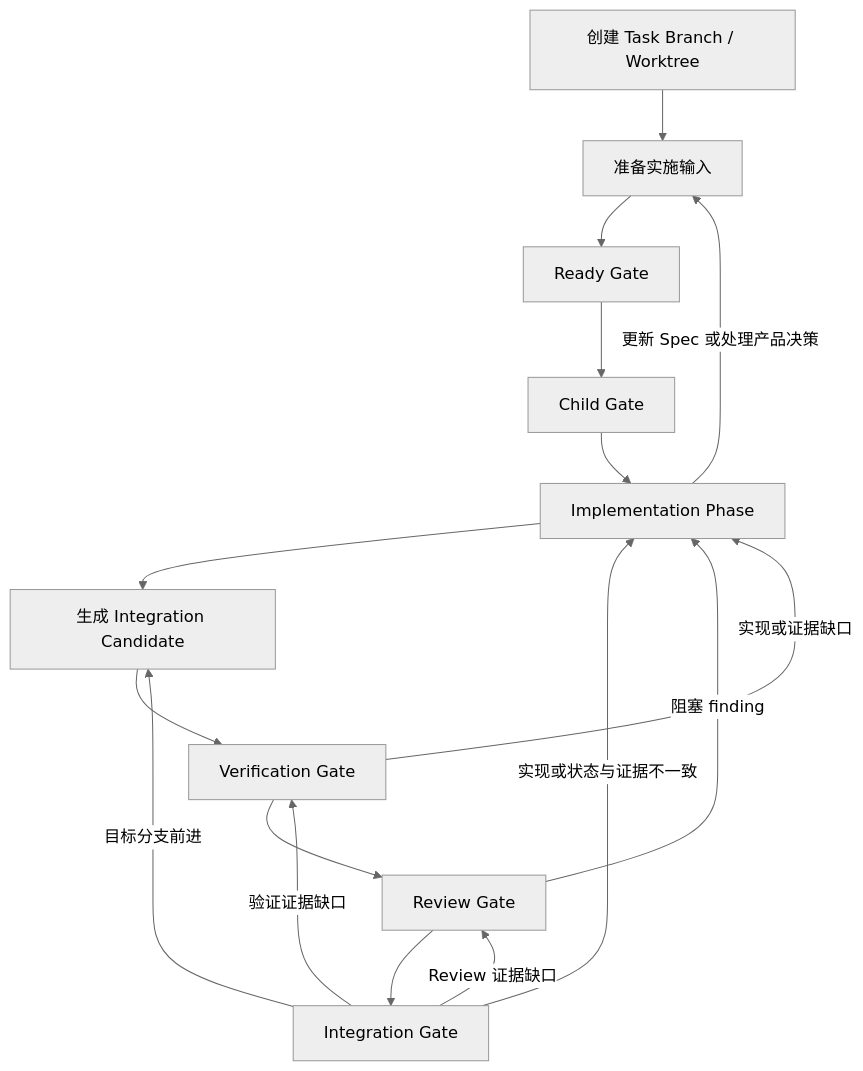
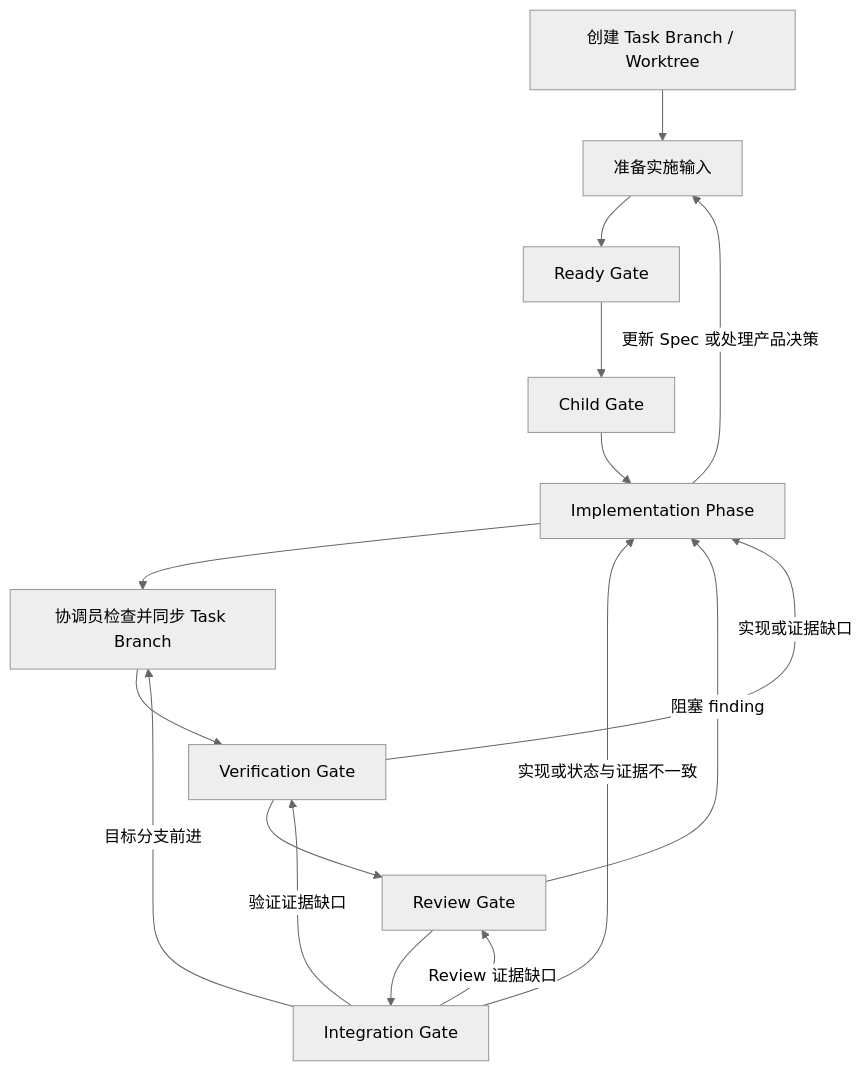
Before and after one commit to hanjeahwan/chatgpt-pro: the diagram in WORKFLOW.md, drawn with Mermaid (neutral theme). The commit also changed other lines of this file and 5 other files, not shown here.

Commit message:
♻️ (workflow): use one task branch through integration

````diff
--- a/WORKFLOW.md
+++ b/WORKFLOW.md
@@ -5,18 +5,18 @@
 ```mermaid
 flowchart TD
     A["创建 Task Branch / Worktree"] --> B["准备实施输入"]
     B --> C["Ready Gate"]
     C --> D["Child Gate"]
     D --> E["Implementation Phase"]
-    E --> F["生成 Integration Candidate"]
+    E --> F["协调员检查并同步 Task Branch"]
     F --> G["Verification Gate"]
     G --> H["Review Gate"]
     H --> I["Integration Gate"]
     E -- "更新 Spec 或处理产品决策" --> B
     G -- "实现或证据缺口" --> E
     H -- "阻塞 finding" --> E
     I -- "目标分支前进" --> F
     I -- "实现或状态与证据不一致" --> E
     I -- "验证证据缺口" --> G
     I -- "Review 证据缺口" --> H
 ```
````
